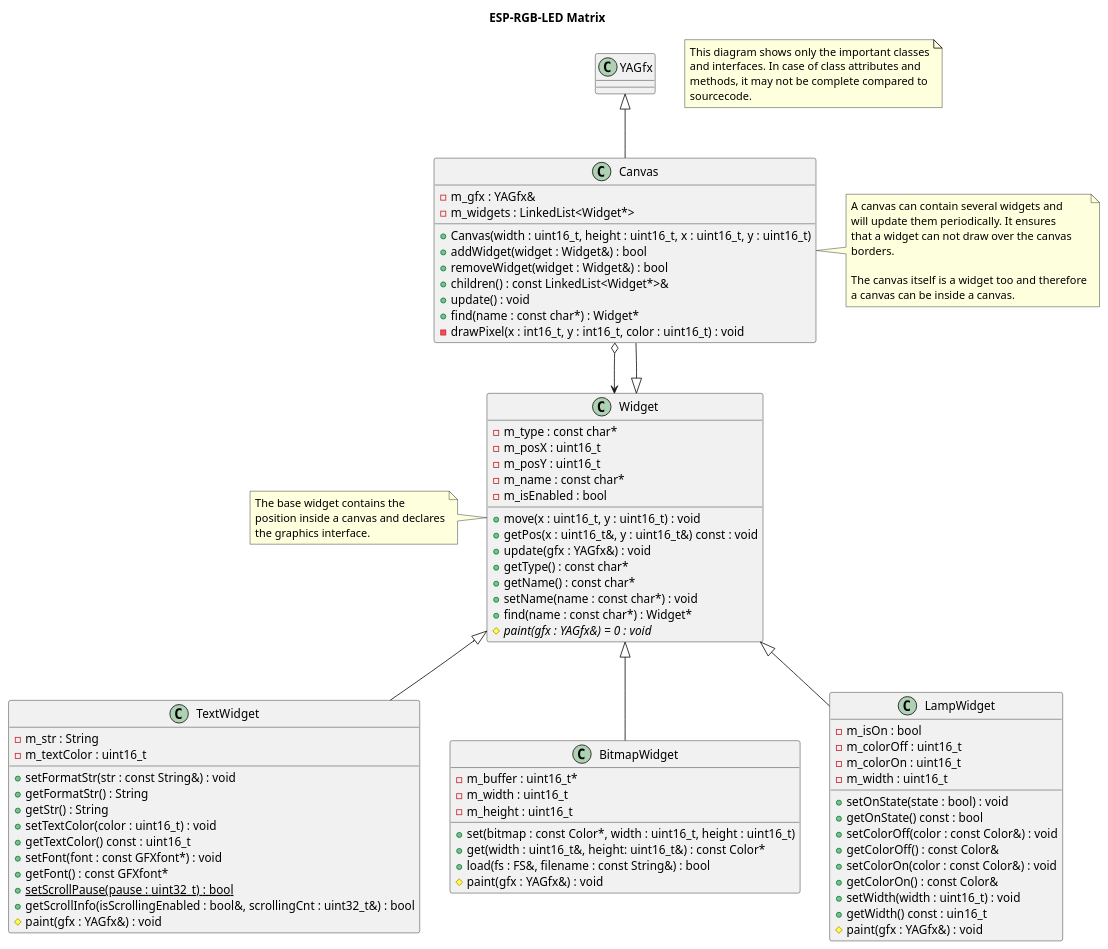
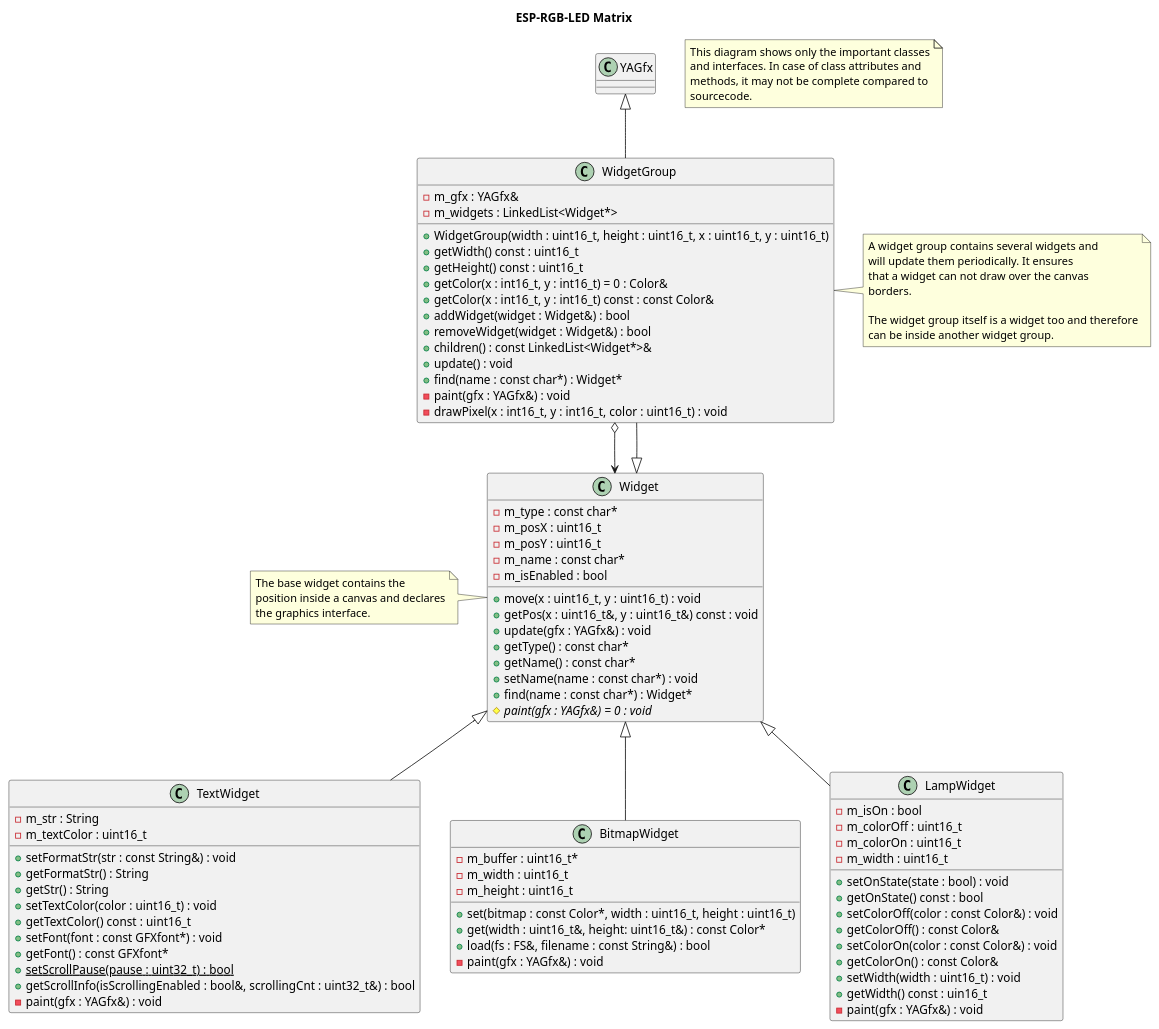
The diagram in doc/design/widgets.plantuml (BlueAndi/Pixelix), drawn with PlantUML before and after one commit. The commit also changed 1 other file, not shown here.

Commit message:
Design for next refactoring updated. Goals are: * The BaseGfx shall provide a default constructor. This enables the static creation of e.g. the Canvas. * Simplify Canvas handling in the plugins (no need for dynamic Canvas allocation). * Provide low level bitmap container, which are color agnostic. * It shall be possible to move a window over a bitmap container and draw just the window. This supports the sprite sheet feature, because with that its no longer necessary to split the texture into several BmpImg. * The BmpImg shall provide only the .bmp file loader and add it to a bitmap container.

```diff
--- a/doc/design/widgets.plantuml
+++ b/doc/design/widgets.plantuml
@@ -1,109 +1,114 @@
 @startuml
 
 title ESP-RGB-LED Matrix
 
 note as N1
     This diagram shows only the important classes
     and interfaces. In case of class attributes and
     methods, it may not be complete compared to
     sourcecode.
 end note
 
 class YAGfx
 
-class Canvas {
+class WidgetGroup {
     - m_gfx : YAGfx&
     - m_widgets : LinkedList<Widget*>
-    + Canvas(width : uint16_t, height : uint16_t, x : uint16_t, y : uint16_t)
+    + WidgetGroup(width : uint16_t, height : uint16_t, x : uint16_t, y : uint16_t)
+    + getWidth() const : uint16_t
+    + getHeight() const : uint16_t
+    + getColor(x : int16_t, y : int16_t) = 0 : Color&
+    + getColor(x : int16_t, y : int16_t) const : const Color&
     + addWidget(widget : Widget&) : bool
     + removeWidget(widget : Widget&) : bool
     + children() : const LinkedList<Widget*>&
     + update() : void
     + find(name : const char*) : Widget*
+    - paint(gfx : YAGfx&) : void
     - drawPixel(x : int16_t, y : int16_t, color : uint16_t) : void
 }
 
-YAGfx <|-- Canvas
-Widget <|-- Canvas
-Canvas o--> Widget
+YAGfx <|-- WidgetGroup
+Widget <|-- WidgetGroup
+WidgetGroup o--> Widget
 
-note right of Canvas
-    A canvas can contain several widgets and
+note right of WidgetGroup
+    A widget group contains several widgets and
     will update them periodically. It ensures
     that a widget can not draw over the canvas
     borders.
 
-    The canvas itself is a widget too and therefore
-    a canvas can be inside a canvas.
+    The widget group itself is a widget too and therefore
+    can be inside another widget group.
 end note
 
 class Widget {
     - m_type : const char*
     - m_posX : uint16_t
     - m_posY : uint16_t
     - m_name : const char*
     - m_isEnabled : bool
     + move(x : uint16_t, y : uint16_t) : void
     + getPos(x : uint16_t&, y : uint16_t&) const : void
     + update(gfx : YAGfx&) : void
     + getType() : const char*
     + getName() : const char*
     + setName(name : const char*) : void
     + find(name : const char*) : Widget*
     # {abstract} paint(gfx : YAGfx&) = 0 : void
 }
 
 note left of Widget
     The base widget contains the
     position inside a canvas and declares
     the graphics interface.
 end note
 
 class TextWidget {
     - m_str : String
     - m_textColor : uint16_t
     + setFormatStr(str : const String&) : void
     + getFormatStr() : String
     + getStr() : String
     + setTextColor(color : uint16_t) : void
     + getTextColor() const : uint16_t
     + setFont(font : const GFXfont*) : void
     + getFont() : const GFXfont*
     + {static} setScrollPause(pause : uint32_t) : bool
     + getScrollInfo(isScrollingEnabled : bool&, scrollingCnt : uint32_t&) : bool
-    # paint(gfx : YAGfx&) : void
+    - paint(gfx : YAGfx&) : void
 }
 
 Widget <|-- TextWidget
 
 class BitmapWidget {
     - m_buffer : uint16_t*
     - m_width : uint16_t
     - m_height : uint16_t
     + set(bitmap : const Color*, width : uint16_t, height : uint16_t)
     + get(width : uint16_t&, height: uint16_t&) : const Color*
     + load(fs : FS&, filename : const String&) : bool
-    # paint(gfx : YAGfx&) : void
+    - paint(gfx : YAGfx&) : void
 }
 
 Widget <|-- BitmapWidget
 
 class LampWidget {
     - m_isOn : bool
     - m_colorOff : uint16_t
     - m_colorOn : uint16_t
     - m_width : uint16_t
     + setOnState(state : bool) : void
     + getOnState() const : bool
     + setColorOff(color : const Color&) : void
     + getColorOff() : const Color&
     + setColorOn(color : const Color&) : void
     + getColorOn() : const Color&
     + setWidth(width : uint16_t) : void
     + getWidth() const : uin16_t
-    # paint(gfx : YAGfx&) : void
+    - paint(gfx : YAGfx&) : void
 }
 
 Widget <|-- LampWidget
 
 @enduml
```
